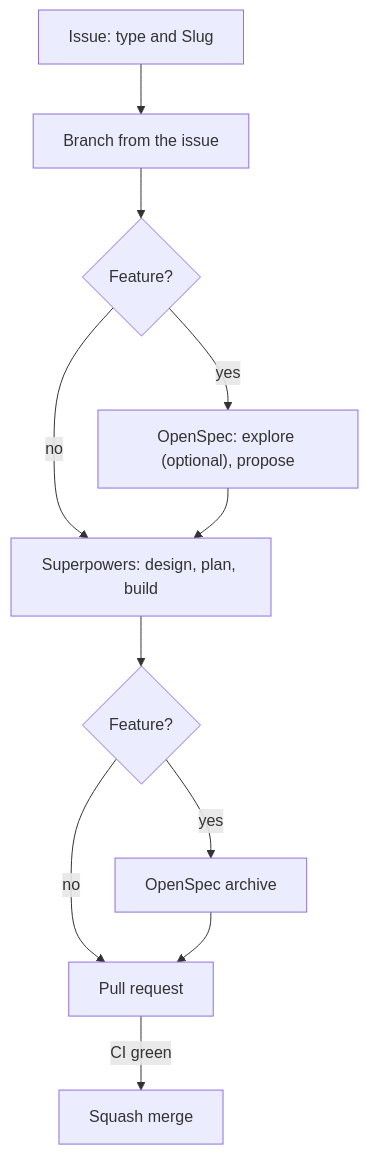
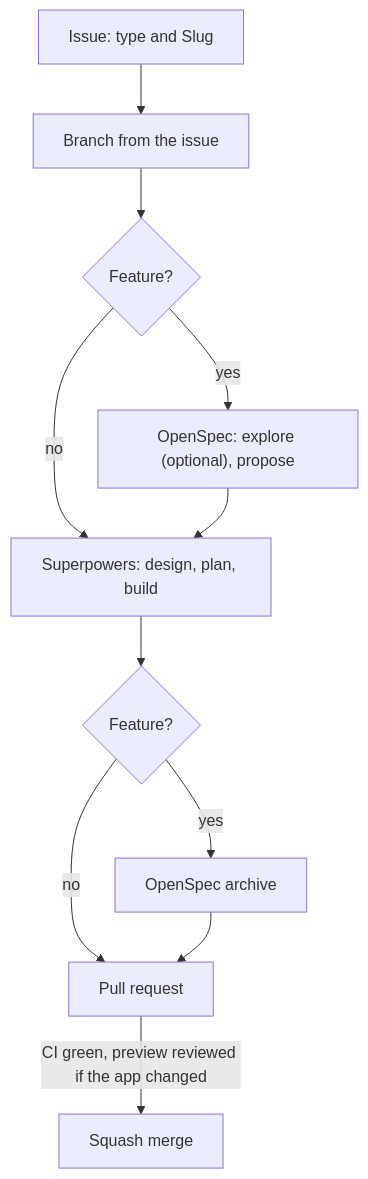
Before and after one commit to football-toolkit/squadhopper: the diagram in docs/how-to/development-workflow.md, drawn with Mermaid. The commit also changed other lines of this file and 8 other files, not shown here.

````diff
--- a/docs/how-to/development-workflow.md
+++ b/docs/how-to/development-workflow.md
@@ -7,13 +7,13 @@
 ```mermaid
 flowchart TD
     A["Issue: type and Slug"] --> B["Branch from the issue"]
     B --> C{"Feature?"}
     C -->|"yes"| D["OpenSpec: explore (optional), propose"]
     C -->|"no"| E["Superpowers: design, plan, build"]
     D --> E
     E --> F{"Feature?"}
     F -->|"yes"| G["OpenSpec archive"]
     F -->|"no"| H["Pull request"]
     G --> H
-    H -->|"CI green"| I["Squash merge"]
+    H -->|"CI green, preview reviewed if the app changed"| I["Squash merge"]
 ```
````
